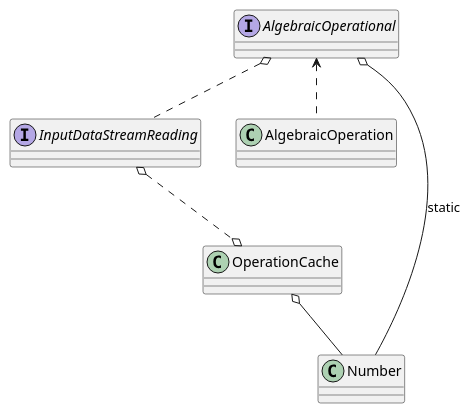
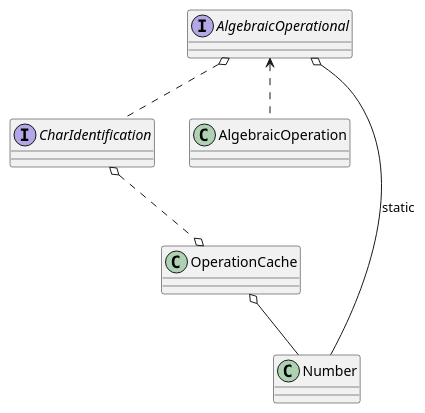
The diagram in src/main/resources/CalculatorClasses.puml (vitalispopoff/calculator), drawn with PlantUML before and after one commit. The commit also changed 14 other files, not shown here.

```diff
--- a/src/main/resources/CalculatorClasses.puml
+++ b/src/main/resources/CalculatorClasses.puml
@@ -1,22 +1,22 @@
 @startuml
 
 interface AlgebraicOperational
-interface InputDataStreamReading
+interface CharIdentification
 class AlgebraicOperation
 class Number
 class OperationCache
 
 AlgebraicOperational <.. AlgebraicOperation
 AlgebraicOperational o-- Number : static
-InputDataStreamReading  o..o OperationCache
-AlgebraicOperational o.. InputDataStreamReading
+CharIdentification  o..o OperationCache
+AlgebraicOperational o.. CharIdentification
 
 OperationCache o-- Number
 
 /'
 class ArrayList {
 Object[] elementData
 size()
 }'/
 
 @enduml
```
